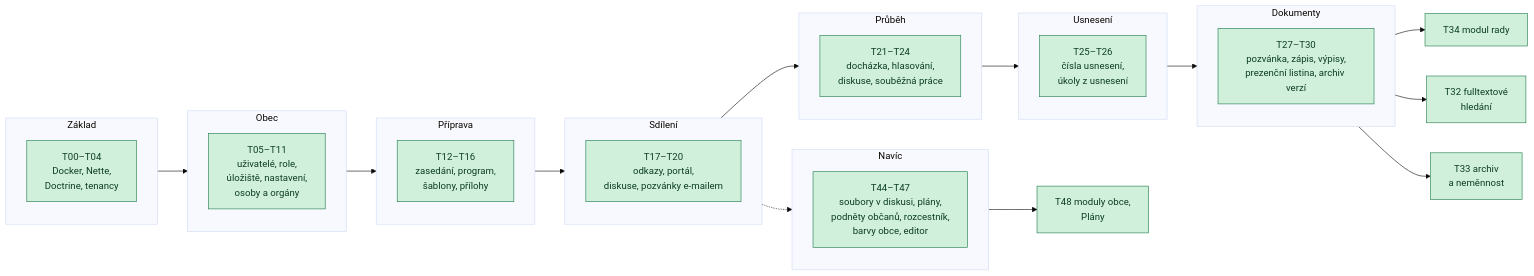
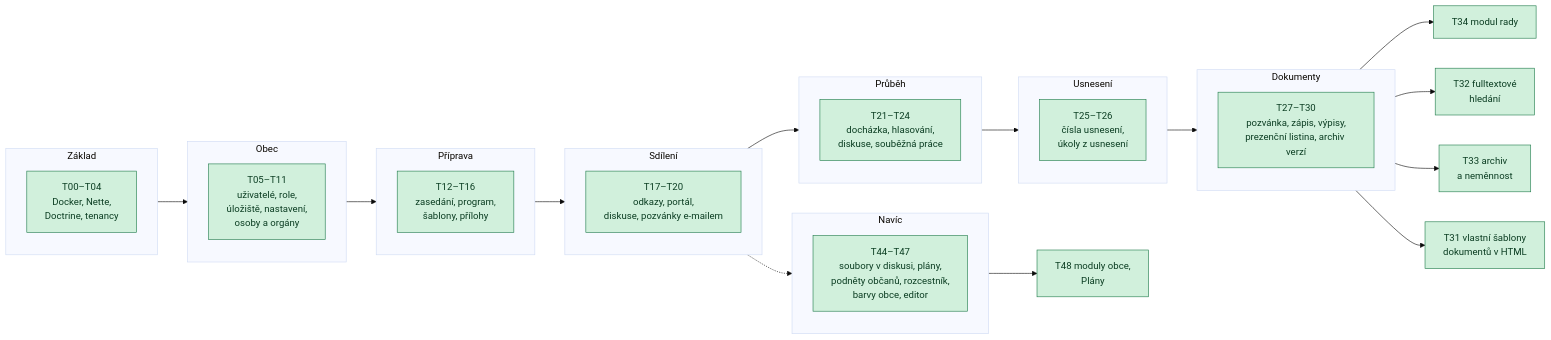
One commit to 731mat/konsel changed the diagram in doc/wiki/09-plan-a-stav.md. Above: the diagram before and after it, drawn with Mermaid (base theme). The commit also changed other lines of this file and 34 other files, not shown here.

First line of the commit message:
T31: vlastní šablony dokumentů obce v HTML

````diff
--- a/doc/wiki/09-plan-a-stav.md
+++ b/doc/wiki/09-plan-a-stav.md
@@ -7,40 +7,42 @@
 ```mermaid
 flowchart LR
     subgraph F0["Základ"]
         T00[T00–T04<br/>Docker, Nette,<br/>Doctrine, tenancy]
     end
     subgraph F1["Obec"]
         T05[T05–T11<br/>uživatelé, role,<br/>úložiště, nastavení,<br/>osoby a orgány]
     end
     subgraph F2["Příprava"]
         T12[T12–T16<br/>zasedání, program,<br/>šablony, přílohy]
     end
     subgraph F3["Sdílení"]
         T17[T17–T20<br/>odkazy, portál,<br/>diskuse, pozvánky e-mailem]
     end
     subgraph F4["Průběh"]
         T21[T21–T24<br/>docházka, hlasování,<br/>diskuse, souběžná práce]
     end
     subgraph F5["Usnesení"]
         T25[T25–T26<br/>čísla usnesení,<br/>úkoly z usnesení]
     end
     subgraph F6["Dokumenty"]
         T28[T27–T30<br/>pozvánka, zápis, výpisy,<br/>prezenční listina, archiv verzí]
     end
     subgraph F10["Navíc"]
         T44[T44–T47<br/>soubory v diskusi, plány,<br/>podněty občanů, rozcestník,<br/>barvy obce, editor]
     end
     T34[T34 modul rady]
     T32[T32 fulltextové<br/>hledání]
     T33[T33 archiv<br/>a neměnnost]
     T48[T48 moduly obce,<br/>Plány]
+    T31[T31 vlastní šablony<br/>dokumentů v HTML]
     F0 --> F1 --> F2 --> F3 --> F4 --> F5 --> F6
     F6 --> T34
     F6 --> T32
     F6 --> T33
     F10 --> T48
+    F6 --> T31
     F3 -.-> F10
 
     classDef done fill:#d1f0dc,stroke:#1e7b4a,color:#0b3d22;
-    class T00,T05,T12,T17,T21,T25,T28,T44,T34,T32,T33,T48 done;
+    class T00,T05,T12,T17,T21,T25,T28,T44,T34,T32,T33,T48,T31 done;
 ```
````
